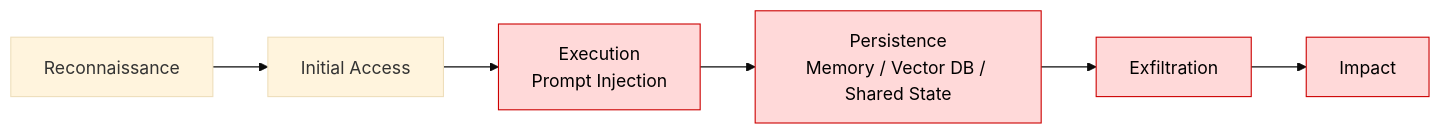
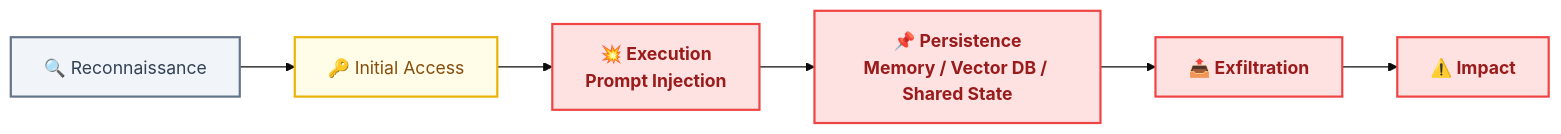
Before and after one commit to kamaldhingra1/ase-explorer-app: the diagram in training/diagrams/ai-killchain.mmd, drawn with Mermaid (base theme). The commit also changed 5 other files, not shown here.

```diff
--- a/training/diagrams/ai-killchain.mmd
+++ b/training/diagrams/ai-killchain.mmd
@@ -1,19 +1,25 @@
 flowchart LR
+    %% --- CLASS DEFINITIONS FOR PALETTE ALIGNMENT ---
+    classDef prep fill:#F1F5F9,stroke:#64748B,stroke-width:2px,color:#334155;
+    classDef breach fill:#FFFDE7,stroke:#EAB308,stroke-width:2px,color:#854D0E;
+    classDef compromise fill:#FEE2E2,stroke:#EF4444,stroke-width:2px,color:#991B1B,font-weight:bold;
 
-R[Reconnaissance]
---> A[Initial Access]
+    %% --- NODES & COMPONENTS ---
+    R["🔍 Reconnaissance"]
+    A["🔑 Initial Access"]
+    E["💥 Execution<br/>Prompt Injection"]
+    P["📌 Persistence<br/>Memory / Vector DB / Shared State"]
+    X["📤 Exfiltration"]
+    I["⚠️ Impact"]
 
-A --> E["Execution<br/>Prompt Injection"]
+    %% --- APPLY CLASSES ---
+    class R prep;
+    class A breach;
+    class E,P,X,I compromise;
 
-E --> P["Persistence<br/>Memory / Vector DB / Shared State"]
-
-P --> X[Exfiltration]
-
-X --> I[Impact]
-
-classDef attack fill:#ffd9d9,stroke:#cc0000,color:#000;
-
-class E attack
-class P attack
-class X attack
-class I attack
+    %% --- FLOW RELATIONSHIPS ---
+    R --> A
+    A --> E
+    E --> P
+    P --> X
+    X --> I
```
